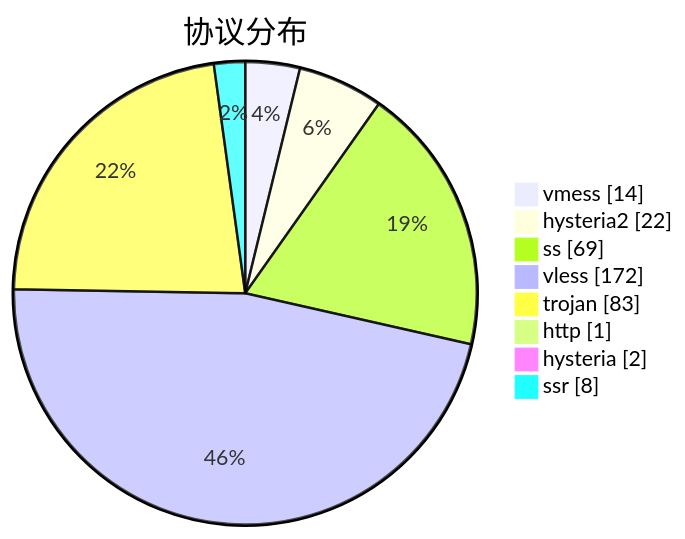
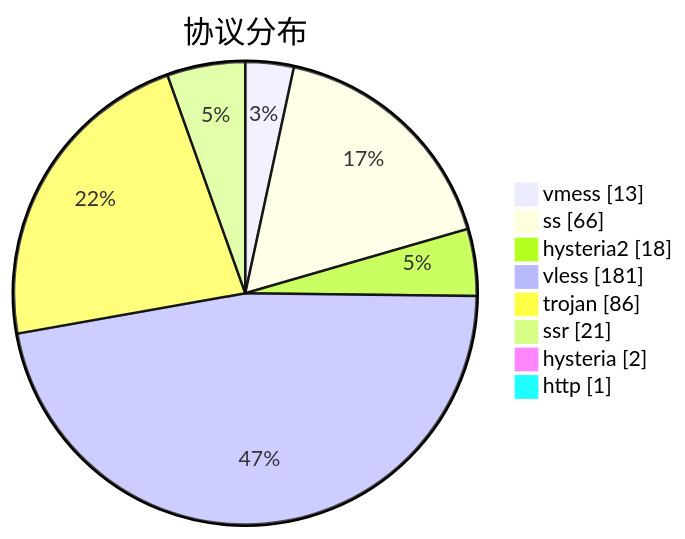
The third of 3 diagrams in subs/statistics/tested_within.md (sinspired/airport), drawn with Mermaid before and after one commit. The commit also changed other lines of this file and 2 other files, not shown here.

````diff
--- a/subs/statistics/tested_within.md
+++ b/subs/statistics/tested_within.md
@@ -44,12 +47,12 @@
 ```mermaid
 pie showData
 title 协议分布
-"vmess" : 14
-"hysteria2" : 22
-"ss" : 69
-"vless" : 172
-"trojan" : 83
+"vmess" : 13
+"ss" : 66
+"hysteria2" : 18
+"vless" : 181
+"trojan" : 86
+"ssr" : 21
+"hysteria" : 2
 "http" : 1
-"hysteria" : 2
-"ssr" : 8
 ```
````
